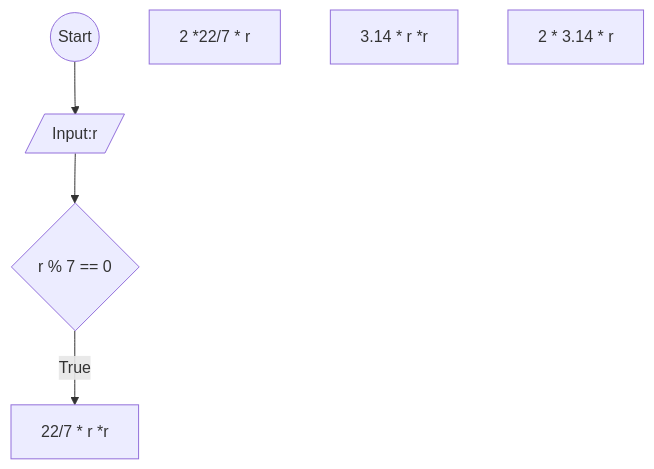
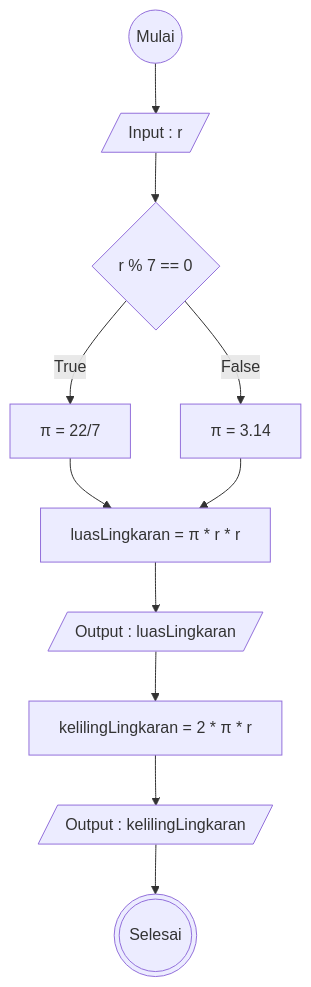
Before and after one commit to askadiliya/koda-b6-algoritma: the diagram in Flowchart-luas-keliling.md, drawn with Mermaid. The commit also changed other lines of this file, not shown here.

````diff
--- a/Flowchart-luas-keliling.md
+++ b/Flowchart-luas-keliling.md
@@ -3,21 +1,26 @@
 ```mermaid
-
 flowchart TD
-A@{ shape: circle, label: "Start" }
-B@{ shape: lean-r, label: "Input:r" }
-C@{ shape: diamond, label: "r % 7 == 0" }
-D@{ shape: rect, label: "22/7 * r *r" }
-E@{ shape: rect, label: "2 *22/7 * r " }
-F@{ shape: rect, label: "3.14 * r *r" }
-G@{ shape: rect, label: "2 * 3.14 * r" }
-
-A-->B-->C
-C--True-->D
+    A@{ shape: circle, label: "Mulai" }
+    B@{ shape: lean-r, label: "Input : r" }
+    C@{ shape: diamond, label: "r % 7 == 0" }
+    D@{ shape: rect, label: "π = 22/7" }
+    E@{ shape: rect, label: "π = 3.14" }
+    F@{ shape: rect, label: "luasLingkaran = π * r * r" }
+    G@{ shape: lean-r, label: "Output : luasLingkaran " }
+    H@{ shape: rect, label: "kelilingLingkaran = 2 * π * r" }
+    I@{ shape: lean-r, label: "Output :  kelilingLingkaran" }
+    J@{ shape: dbl-circ, label: "Selesai" }
 
 
-
-
-
-
+    A --> B
+    B --> C
+    C -- True --> D
+    C -- False --> E
+    D --> F
+    E --> F
+    F --> G
+    G --> H
+    H --> I
+    I --> J
 
 ```
````
